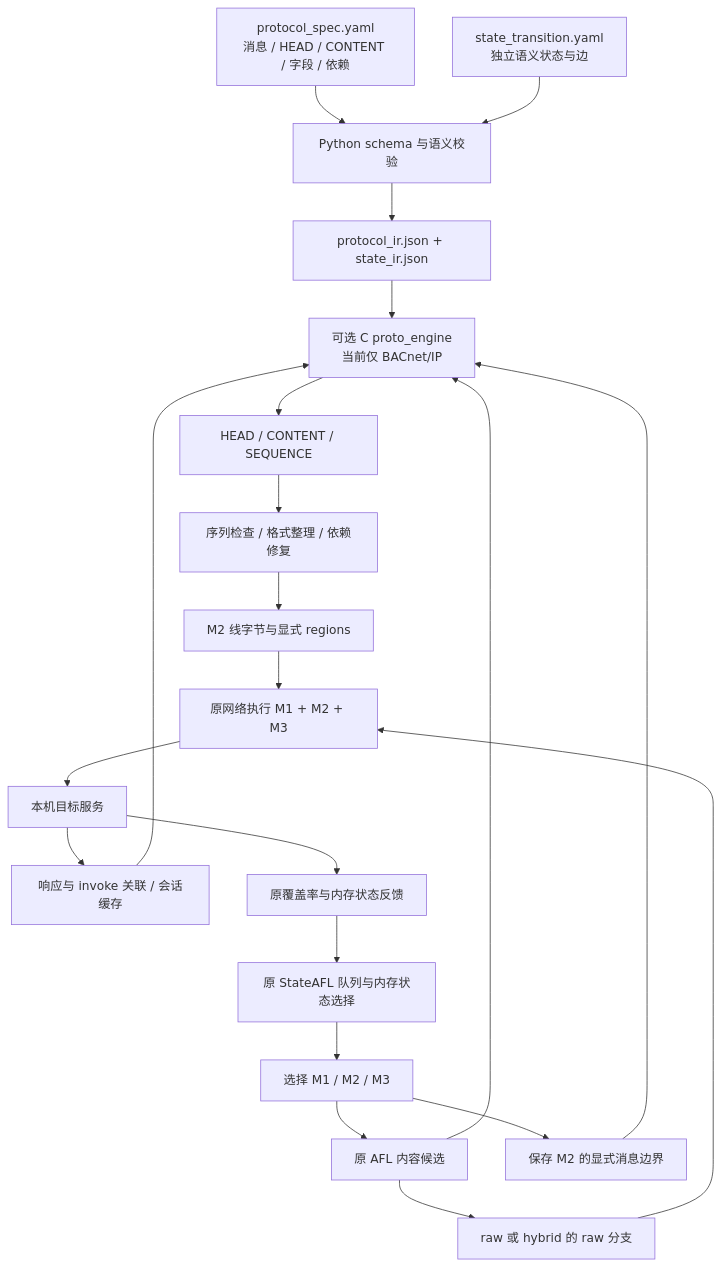
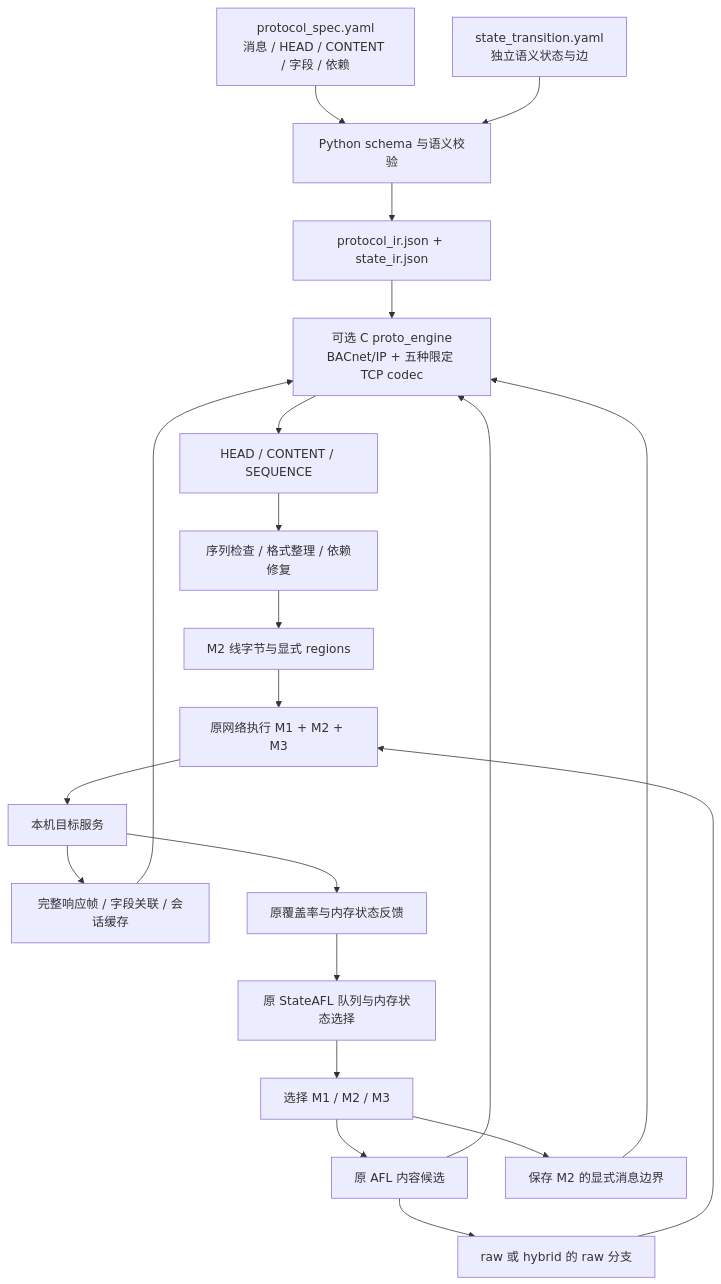
One commit to gff-cw/CLOFuzz changed the diagram in docs/architecture.md. Above: the diagram before and after it, drawn with Mermaid. The commit also changed other lines of this file and 80 other files, not shown here.

````diff
--- a/docs/architecture.md
+++ b/docs/architecture.md
@@ -5,23 +5,23 @@
 ```mermaid
 flowchart TD
     P[protocol_spec.yaml<br/>消息 / HEAD / CONTENT / 字段 / 依赖] --> C[Python schema 与语义校验]
     S[state_transition.yaml<br/>独立语义状态与边] --> C
     C --> IR[protocol_ir.json + state_ir.json]
-    IR --> R[可选 C proto_engine<br/>当前仅 BACnet/IP]
+    IR --> R[可选 C proto_engine<br/>BACnet/IP + 五种限定 TCP codec]
     Q[原 StateAFL 队列与内存状态选择] --> M[选择 M1 / M2 / M3]
     M --> A[原 AFL 内容候选]
     M --> B[保存 M2 的显式消息边界]
     B --> R
     A --> R
     R --> L[HEAD / CONTENT / SEQUENCE]
     L --> D[序列检查 / 格式整理 / 依赖修复]
     D --> W[M2 线字节与显式 regions]
     W --> N[原网络执行 M1 + M2 + M3]
     A --> RAW[raw 或 hybrid 的 raw 分支]
     RAW --> N
     N --> T[本机目标服务]
-    T --> RESP[响应与 invoke 关联 / 会话缓存]
+    T --> RESP[完整响应帧 / 字段关联 / 会话缓存]
     RESP --> R
     T --> F[原覆盖率与内存状态反馈]
     F --> Q
 ```
````
